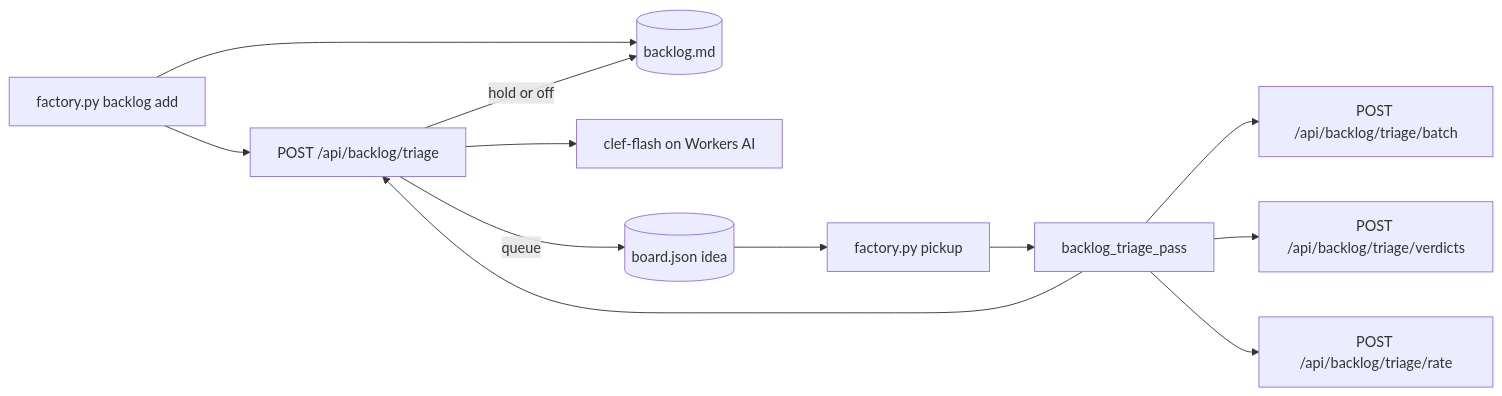
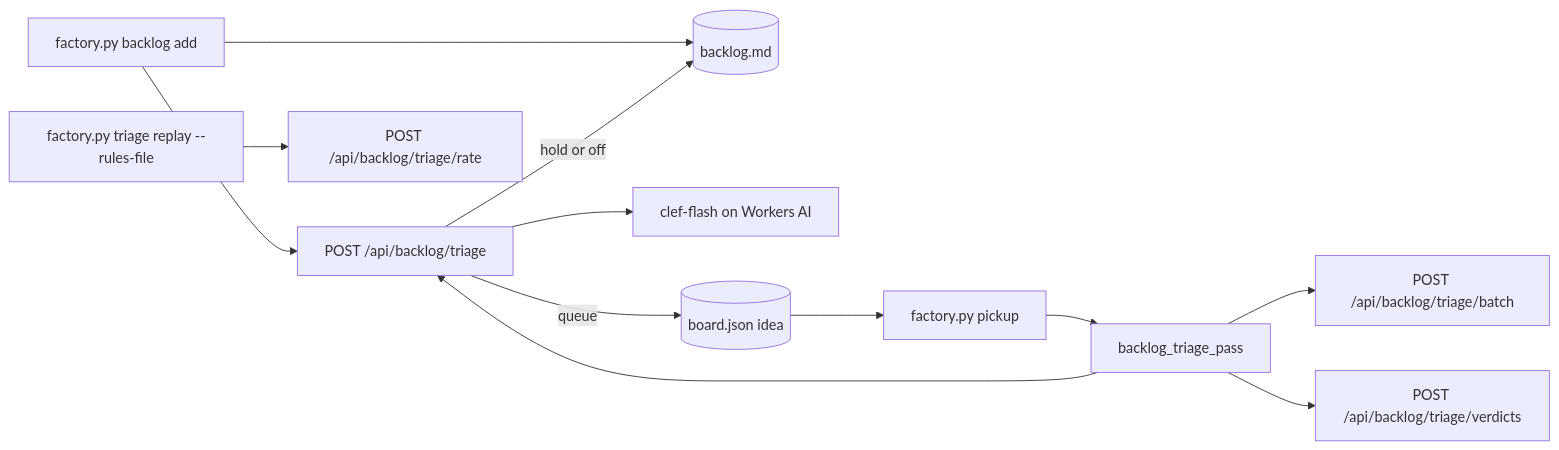
Before and after one commit to superhussain/factory: the fourth of 5 diagrams in docs/autonomy.md, drawn with Mermaid. The commit also changed other lines of this file, not shown here.

Commit message:
Draw the rate route from triage replay in the autonomy flowchart

````diff
--- a/docs/autonomy.md
+++ b/docs/autonomy.md
@@ -405,14 +405,14 @@
 ```mermaid
 flowchart LR
   A[factory.py backlog add] --> B[(backlog.md)]
   A --> W[POST /api/backlog/triage]
   W --> M[clef-flash on Workers AI]
   W -->|queue| I[(board.json idea)]
   W -->|hold or off| B
   I --> P[factory.py pickup]
   P[factory.py pickup] --> S[backlog_triage_pass]
   S --> W
   S --> X[POST /api/backlog/triage/batch]
   S --> V[POST /api/backlog/triage/verdicts]
-  S --> RT[POST /api/backlog/triage/rate]
+  RP[factory.py triage replay --rules-file] --> RT[POST /api/backlog/triage/rate]
 ```
````
